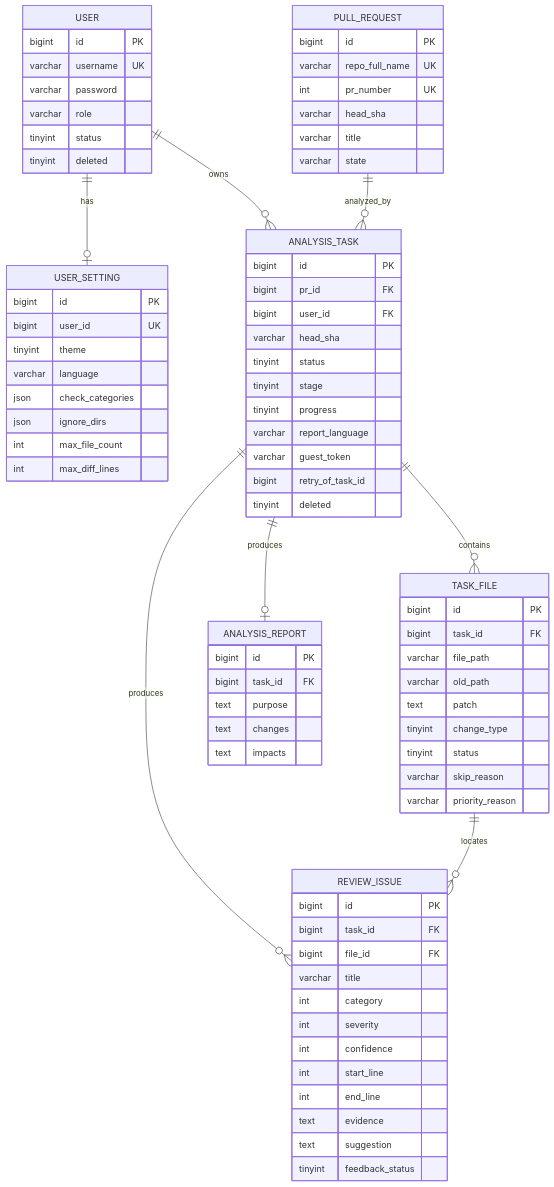
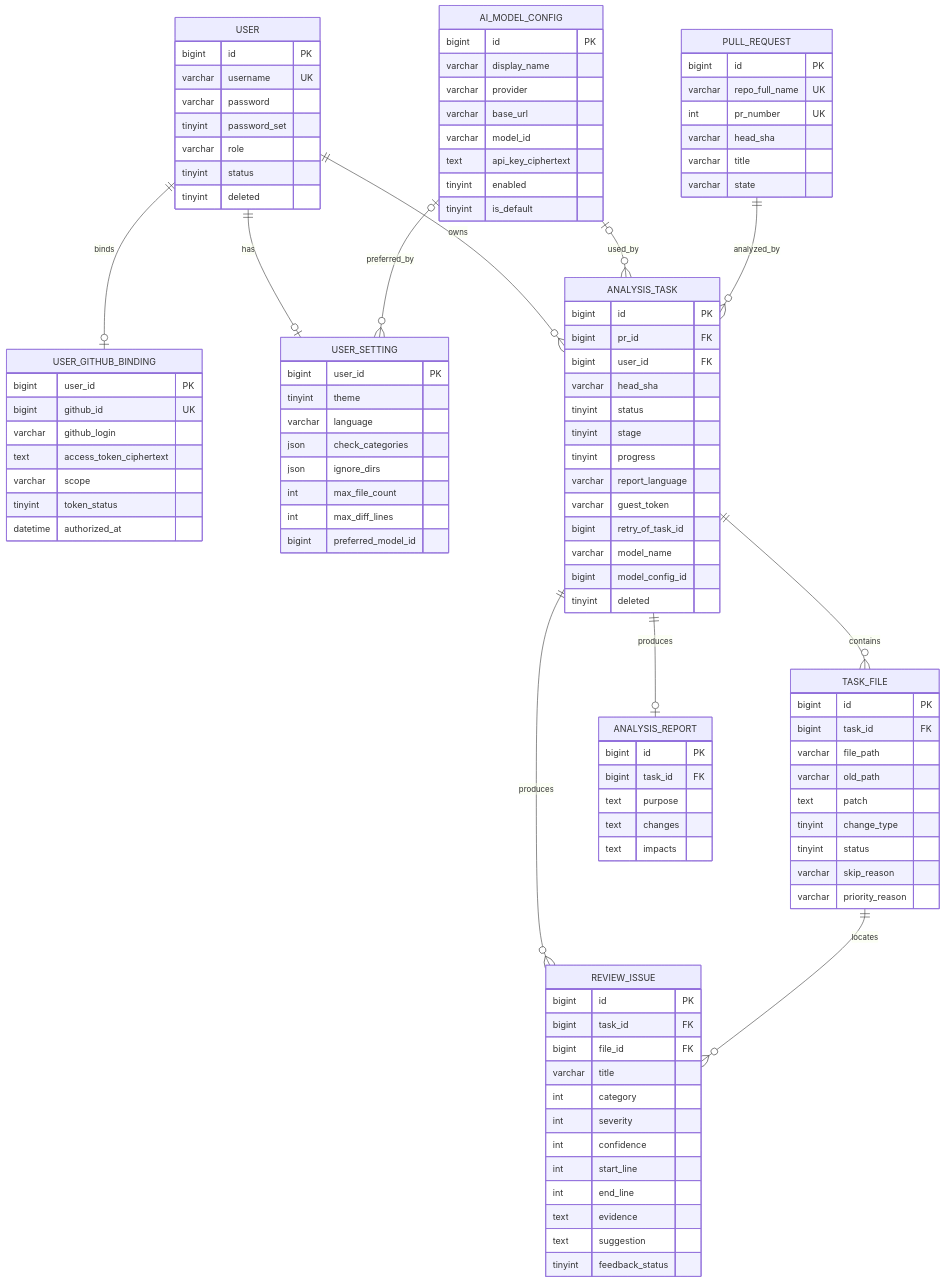
Before and after one commit to element-17/ai-pr-review: the third of 7 diagrams in docs/答辩/后端架构与数据图.md, drawn with Mermaid. The commit also changed other lines of this file and 7 other files, not shown here.

````diff
--- a/docs/答辩/后端架构与数据图.md
+++ b/docs/答辩/后端架构与数据图.md
@@ -73,7 +77,10 @@
 ```mermaid
 erDiagram
+  USER ||--o| USER_GITHUB_BINDING : binds
   USER ||--o| USER_SETTING : has
   USER ||--o{ ANALYSIS_TASK : owns
+  AI_MODEL_CONFIG |o--o{ USER_SETTING : preferred_by
+  AI_MODEL_CONFIG |o--o{ ANALYSIS_TASK : used_by
   PULL_REQUEST ||--o{ ANALYSIS_TASK : analyzed_by
   ANALYSIS_TASK ||--o{ TASK_FILE : contains
   ANALYSIS_TASK ||--o| ANALYSIS_REPORT : produces
@@ -84,19 +91,39 @@
     bigint id PK
     varchar username UK
     varchar password
+    tinyint password_set
     varchar role
     tinyint status
     tinyint deleted
   }
+  USER_GITHUB_BINDING {
+    bigint user_id PK
+    bigint github_id UK
+    varchar github_login
+    text access_token_ciphertext
+    varchar scope
+    tinyint token_status
+    datetime authorized_at
+  }
+  AI_MODEL_CONFIG {
+    bigint id PK
+    varchar display_name
+    varchar provider
+    varchar base_url
+    varchar model_id
+    text api_key_ciphertext
+    tinyint enabled
+    tinyint is_default
+  }
   USER_SETTING {
-    bigint id PK
-    bigint user_id UK
+    bigint user_id PK
     tinyint theme
     varchar language
     json check_categories
     json ignore_dirs
     int max_file_count
     int max_diff_lines
+    bigint preferred_model_id
   }
   PULL_REQUEST {
     bigint id PK
@@ -117,6 +144,8 @@
     varchar report_language
     varchar guest_token
     bigint retry_of_task_id
+    varchar model_name
+    bigint model_config_id
     tinyint deleted
   }
   TASK_FILE {
````
